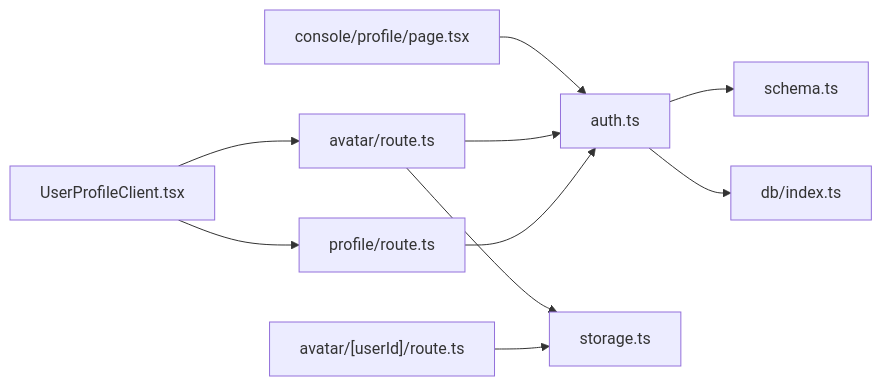
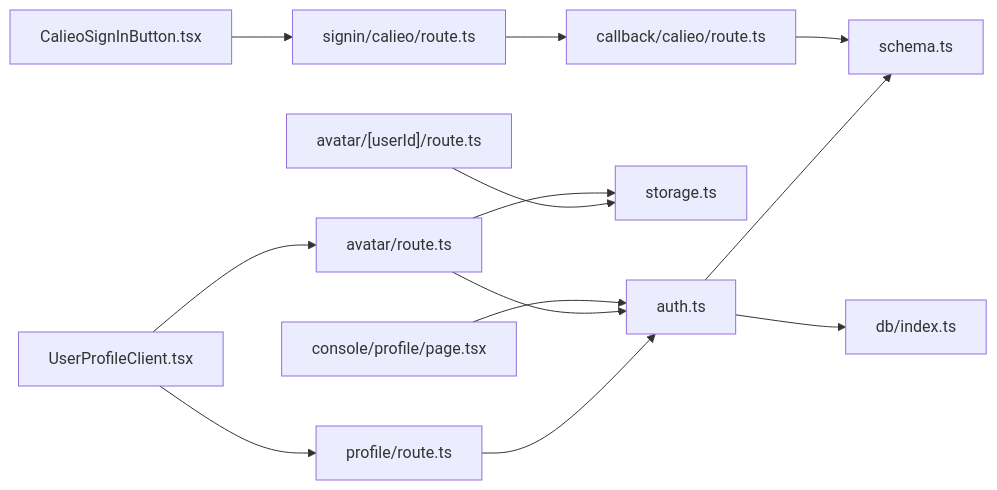
One commit to pnnh/weable changed the tenth of 11 diagrams in .qoder/repowiki/zh/content/架构设计/认证架构设计/用户信息管理.md. Above: the diagram before and after it, drawn with Mermaid. The commit also changed other lines of this file and 187 other files, not shown here.

````diff
--- a/.qoder/repowiki/zh/content/架构设计/认证架构设计/用户信息管理.md
+++ b/.qoder/repowiki/zh/content/架构设计/认证架构设计/用户信息管理.md
@@ -366,12 +446,15 @@
 ```mermaid
 graph LR
 Auth["auth.ts"] --> Schema["schema.ts"]
 Auth --> DBIndex["db/index.ts"]
 ProfileAPI["profile/route.ts"] --> Auth
 AvatarAPI["avatar/route.ts"] --> Auth
 AvatarRead["avatar/[userId]/route.ts"] --> Storage["storage.ts"]
 AvatarAPI --> Storage
 Page["console/profile/page.tsx"] --> Auth
 Client["UserProfileClient.tsx"] --> ProfileAPI
 Client --> AvatarAPI
+CalieoCallback["callback/calieo/route.ts"] --> Schema
+CalieoSignin["signin/calieo/route.ts"] --> CalieoCallback
+CalieoButton["CalieoSignInButton.tsx"] --> CalieoSignin
 ```
````
